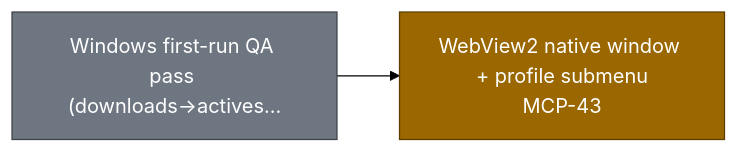
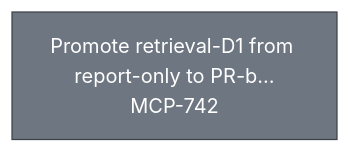
The eighth of 21 diagrams in ROADMAP.md (smart-mcp-proxy/mcpproxy-go), drawn with Mermaid (forest theme) before and after one commit. The commit also changed other lines of this file and 2 other files, not shown here.

First line of the commit message:
chore(roadmap): truth-sync statuses against code, clear all --check-github warnings (#1136)

````diff
--- a/ROADMAP.md
+++ b/ROADMAP.md
@@ -304,12 +309,8 @@
 ```mermaid
 graph LR
-  windows_tray_funnel_qa["Windows first-run QA pass (downloads→actives…"]
-  windows_tray_window["WebView2 native window + profile submenu<br/>MCP-43"]
+  discovery_eval_pr_blocking["Promote retrieval-D1 from report-only to PR-b…<br/>MCP-742"]
 
-  windows_tray_funnel_qa --> windows_tray_window
 
-  classDef in_review fill:#9a6700,stroke:#5c3d00,color:#ffffff;
   classDef todo fill:#6e7781,stroke:#3d4248,color:#ffffff;
-  class windows_tray_window in_review;
-  class windows_tray_funnel_qa todo;
+  class discovery_eval_pr_blocking todo;
 ```
````
